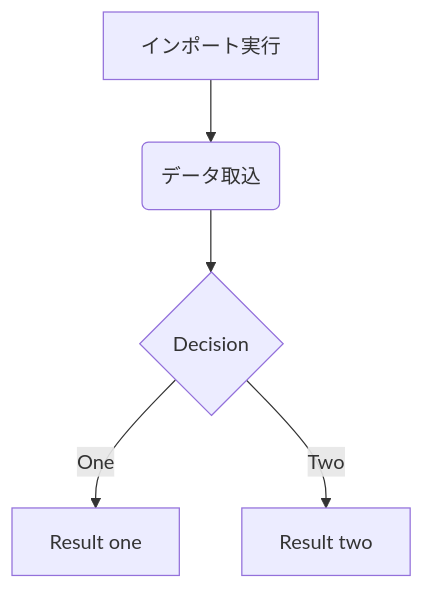
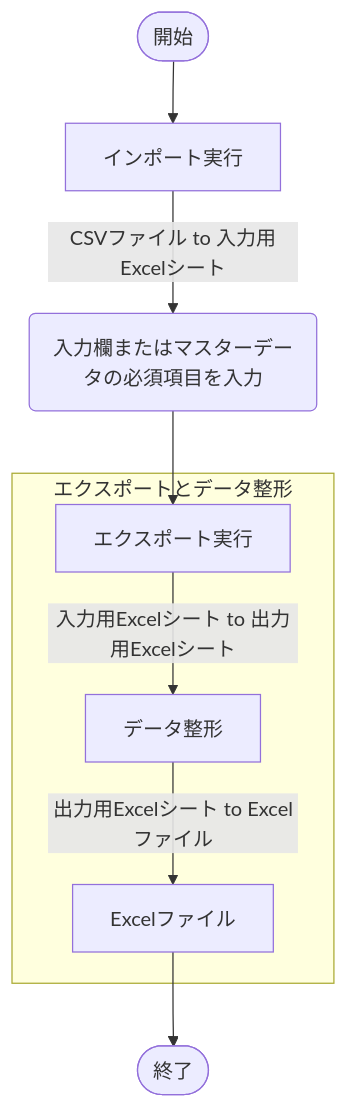
One commit to akiGAMEBOY/haretokidoki_zn changed the diagram in articles/cb016a39a1562e.md. Above: the diagram before and after it, drawn with Mermaid. The commit also changed other lines of this file and 1 other file, not shown here.

````diff
--- a/articles/cb016a39a1562e.md
+++ b/articles/cb016a39a1562e.md
@@ -38,7 +41,11 @@
 ```mermaid
 flowchart TB
-    A[インポート実行] --> B(データ取込)
-    B --> C{Decision}
-    C -->|One| D[Result one]
-    C -->|Two| E[Result two]
+    A([開始]) --> B[インポート実行]
+    B -->|CSVファイル to 入力用Excelシート| C(入力欄またはマスターデータの必須項目を入力)
+    C --> D[エクスポート実行]
+    subgraph エクスポートとデータ整形
+    D --> |入力用Excelシート to 出力用Excelシート| E[データ整形]
+    E --> |出力用Excelシート to Excelファイル| F[Excelファイル]
+    end
+    F --> G([終了])
 ```
````
